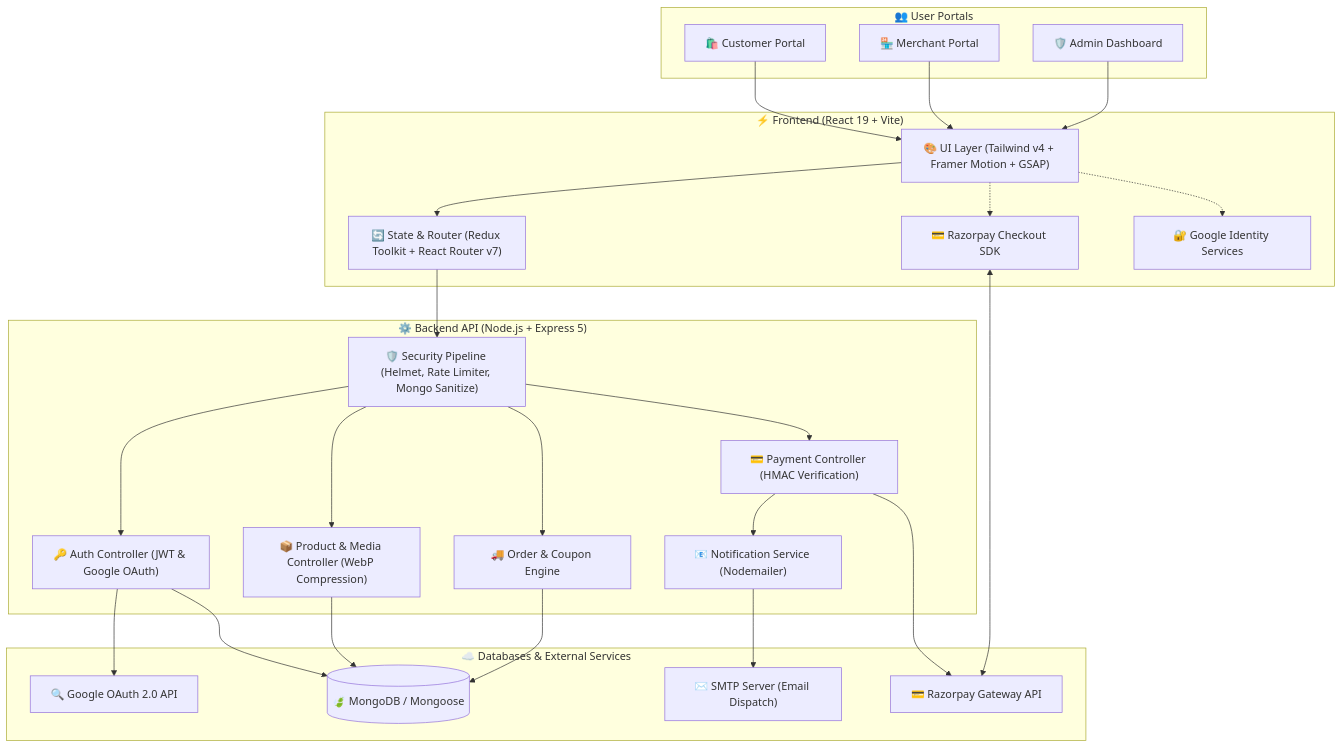
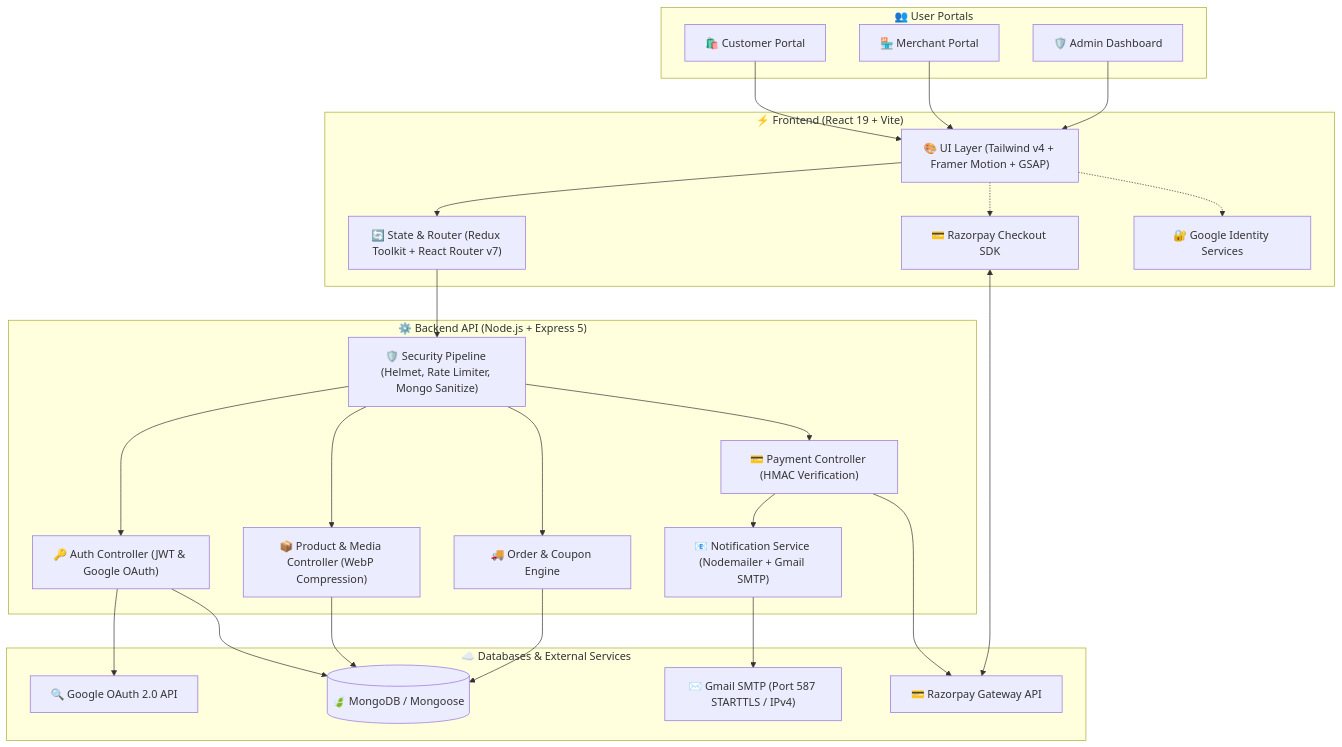
One commit to Arghya876/Novacart changed the diagram in README.md. Above: the diagram before and after it, drawn with Mermaid. The commit also changed other lines of this file, not shown here.

Commit message:
docs: update README with Gmail SMTP email system & cloud architecture details

````diff
--- a/README.md
+++ b/README.md
@@ -29,60 +30,60 @@
 ```mermaid
 graph TD
     %% User Layer
     subgraph Users ["👥 User Portals"]
         Customer["🛍️ Customer Portal"]
         Seller["🏪 Merchant Portal"]
         Admin["🛡️ Admin Dashboard"]
     end
 
     %% Frontend Layer
     subgraph Frontend ["⚡ Frontend (React 19 + Vite)"]
         UI["🎨 UI Layer (Tailwind v4 + Framer Motion + GSAP)"]
         State["🔄 State & Router (Redux Toolkit + React Router v7)"]
         RazorpaySDK["💳 Razorpay Checkout SDK"]
         GoogleAuth["🔐 Google Identity Services"]
     end
 
     %% Backend Layer
     subgraph Backend ["⚙️ Backend API (Node.js + Express 5)"]
         Security["🛡️ Security Pipeline (Helmet, Rate Limiter, Mongo Sanitize)"]
         AuthModule["🔑 Auth Controller (JWT & Google OAuth)"]
         ProductModule["📦 Product & Media Controller (WebP Compression)"]
         OrderModule["🚚 Order & Coupon Engine"]
         PaymentModule["💳 Payment Controller (HMAC Verification)"]
-        EmailModule["📧 Notification Service (Nodemailer)"]
+        EmailModule["📧 Notification Service (Nodemailer + Gmail SMTP)"]
     end
 
     %% Database & External Services Layer
     subgraph DataExternal ["☁️ Databases & External Services"]
         MongoDB[("🍃 MongoDB / Mongoose")]
         RazorpayAPI["💳 Razorpay Gateway API"]
         GoogleAPI["🔍 Google OAuth 2.0 API"]
-        SMTP["✉️ SMTP Server (Email Dispatch)"]
+        SMTP["✉️ Gmail SMTP (Port 587 STARTTLS / IPv4)"]
     end
 
     %% Connections
     Customer --> UI
     Seller --> UI
     Admin --> UI
 
     UI --> State
     State --> Security
     UI -.-> RazorpaySDK
     UI -.-> GoogleAuth
 
     Security --> AuthModule
     Security --> ProductModule
     Security --> OrderModule
     Security --> PaymentModule
 
     PaymentModule --> EmailModule
 
     AuthModule --> GoogleAPI
     AuthModule --> MongoDB
     ProductModule --> MongoDB
     OrderModule --> MongoDB
     PaymentModule --> RazorpayAPI
     RazorpaySDK <--> RazorpayAPI
     EmailModule --> SMTP
 ```
````
